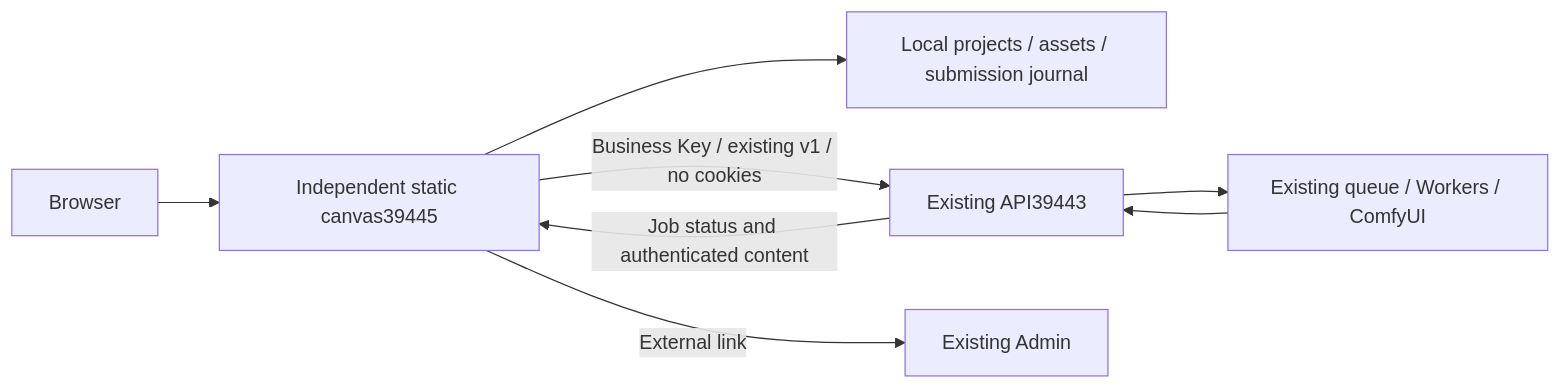
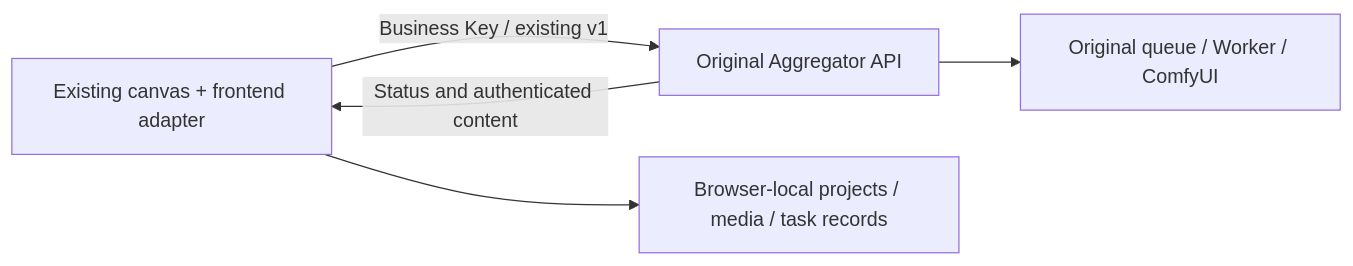
The diagram in README.en.md (copypasteltd/comfyUI-aggregator-proxy), drawn with Mermaid before and after one commit. The commit also changed other lines of this file and 32 other files, not shown here.

Commit message:
docs(studio): align canvas scope with existing API integration

````diff
--- a/README.en.md
+++ b/README.en.md
@@ -63,10 +15,7 @@
 ```mermaid
 flowchart LR
-  U[Browser] --> S[Independent static canvas39445]
-  S --> L[Local projects / assets / submission journal]
-  S -->|Business Key / existing v1 / no cookies| A[Existing API39443]
-  A --> Q[Existing queue / Workers / ComfyUI]
-  Q --> A
-  A -->|Job status and authenticated content| S
-  S -->|External link| M[Existing Admin]
+    W[Existing canvas + frontend adapter] -->|Business Key / existing v1| A[Original Aggregator API]
+    A --> G[Original queue / Worker / ComfyUI]
+    A -->|Status and authenticated content| W
+    W --> L[Browser-local projects / media / task records]
 ```
````
